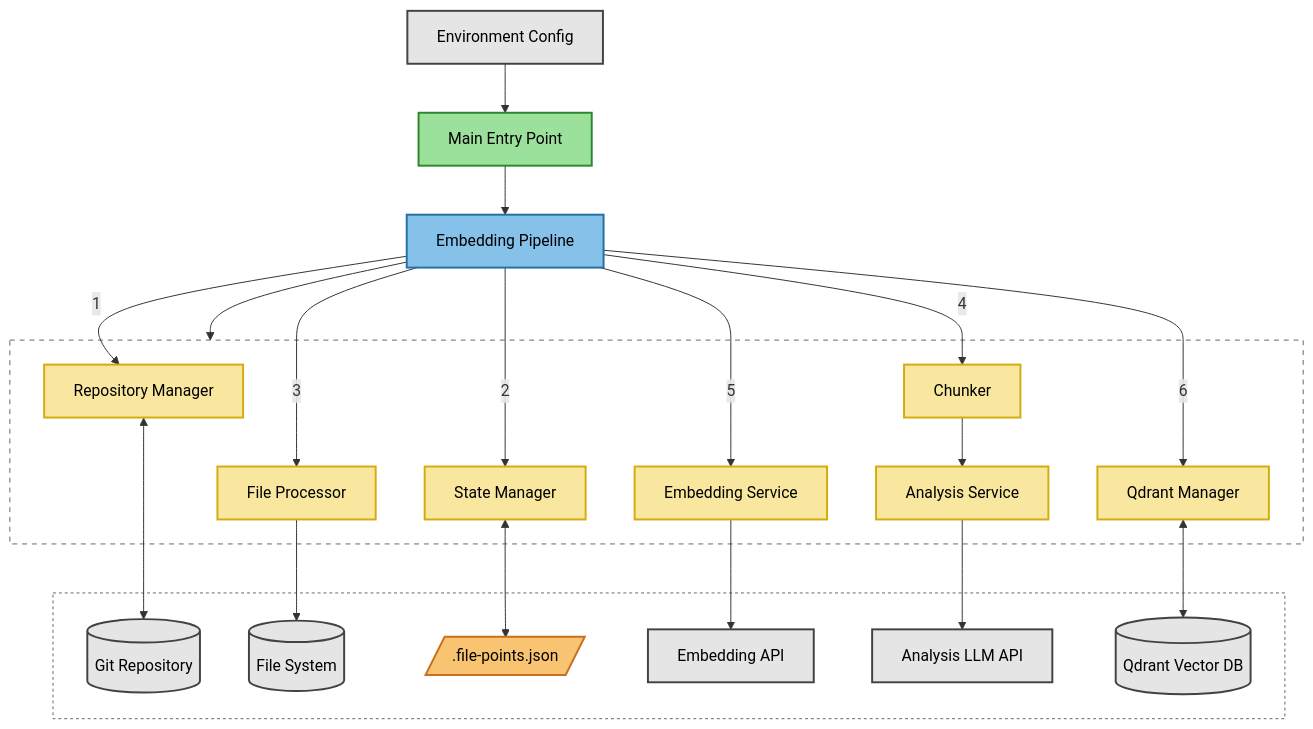
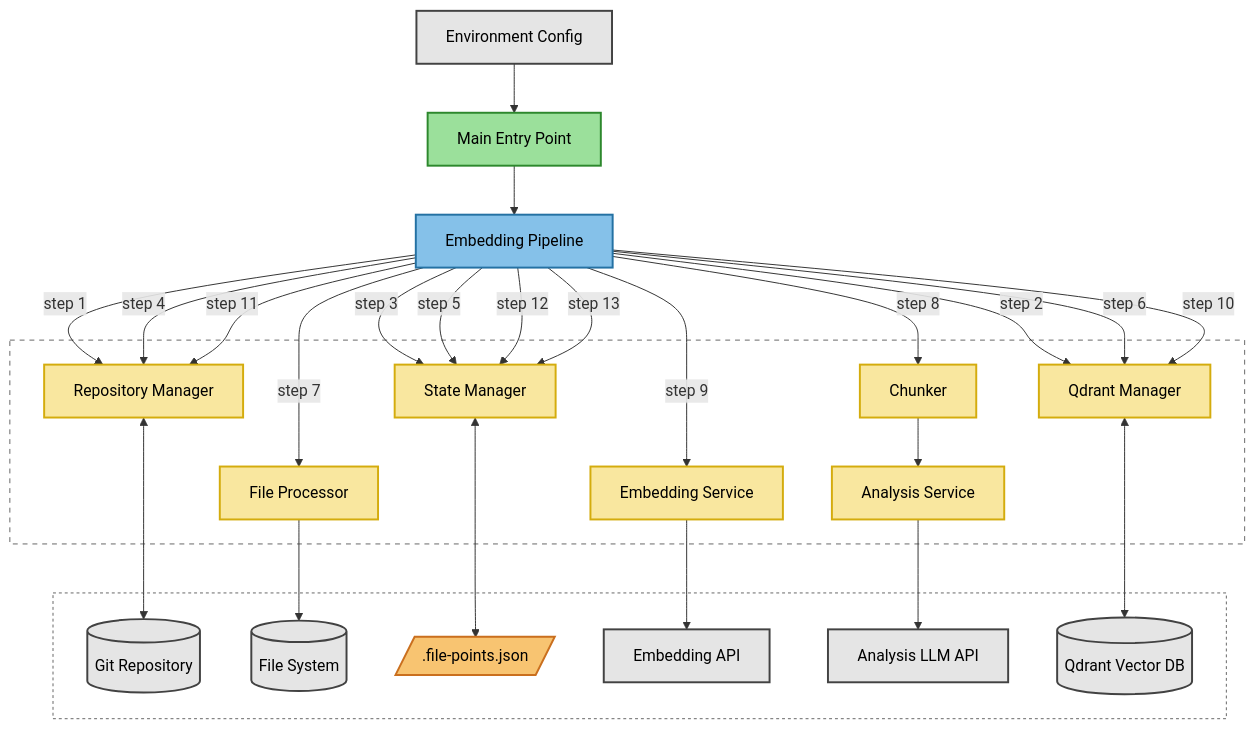
One commit to mark-hingston/embedder changed the diagram in README.md. Above: the diagram before and after it, drawn with Mermaid.

Commit message:
update diagram

````diff
--- a/README.md
+++ b/README.md
@@ -34,62 +34,66 @@
 ```mermaid
 flowchart TB
     %% Define Styles with higher contrast and simpler look
     classDef init fill:#9BE09B,stroke:#2D882D,stroke-width:2px,color:#000,rounded:true;
     classDef orchestrator fill:#85C1E9,stroke:#2471A3,stroke-width:2px,color:#000,rounded:true;
     classDef component fill:#F9E79F,stroke:#D4AC0D,stroke-width:2px,color:#000,rounded:true;
     classDef external fill:#E5E5E5,stroke:#424242,stroke-width:2px,color:#000,rounded:true;
     classDef data fill:#F8C471,stroke:#CA6F1E,stroke-width:2px,color:#000,rounded:true;
 
     %% Main Entry Point
     main["Main Entry Point"]:::init
     env["Environment Config"]:::external
     
     %% Core Pipeline
     pipeline["Embedding Pipeline"]:::orchestrator
     
     %% Components Group - improved text contrast
     subgraph Components["<b>Core Components</b>"]
         repoMgr["Repository Manager"]:::component
         stateMgr["State Manager"]:::component
         fileProc["File Processor"]:::component
         chunker["Chunker"]:::component
         analysisSvc["Analysis Service"]:::component
         embedSvc["Embedding Service"]:::component
         qdrantMgr["Qdrant Manager"]:::component
     end
     style Components fill:none,stroke-dasharray:5 5,stroke:#666,color:white
     
     %% External Systems Group - improved text contrast
     subgraph External["<b>External Systems & Data</b>"]
         gitRepo[(Git Repository)]:::external
         fs[(File System)]:::external
         stateFile[/".file-points.json"/]:::data
         embedApi["Embedding API"]:::external
         llmApi["Analysis LLM API"]:::external
         qdrantDb[(Qdrant Vector DB)]:::external
     end
     style External fill:none,stroke-dasharray:3 3,stroke:#666,color:white
     
     %% Core Flow - centrally balanced
     env --> main --> pipeline
     
-    %% Pipeline to Components - balanced layout
-    pipeline --> Components
-    
     %% Component to External connections
     repoMgr <--> gitRepo
     stateMgr <--> stateFile
     fileProc --> fs
     chunker --> analysisSvc
     analysisSvc --> llmApi
     embedSvc --> embedApi
     qdrantMgr <--> qdrantDb
     
-    %% Pipeline process flow - balanced top to bottom
-    pipeline --> |"1"|repoMgr
-    pipeline --> |"2"|stateMgr
-    pipeline --> |"3"|fileProc
-    pipeline --> |"4"|chunker
-    pipeline --> |"5"|embedSvc
-    pipeline --> |"6"|qdrantMgr
+    %% Pipeline process flow with simplified step labels - removed any disconnected arrows
+    pipeline --> |"step 1"|repoMgr
+    pipeline --> |"step 2"|qdrantMgr
+    pipeline --> |"step 3"|stateMgr
+    pipeline --> |"step 4"|repoMgr
+    pipeline --> |"step 5"|stateMgr
+    pipeline --> |"step 6"|qdrantMgr
+    pipeline --> |"step 7"|fileProc
+    pipeline --> |"step 8"|chunker
+    pipeline --> |"step 9"|embedSvc
+    pipeline --> |"step 10"|qdrantMgr
+    pipeline --> |"step 11"|repoMgr
+    pipeline --> |"step 12"|stateMgr
+    pipeline --> |"step 13"|stateMgr
 ```
````
